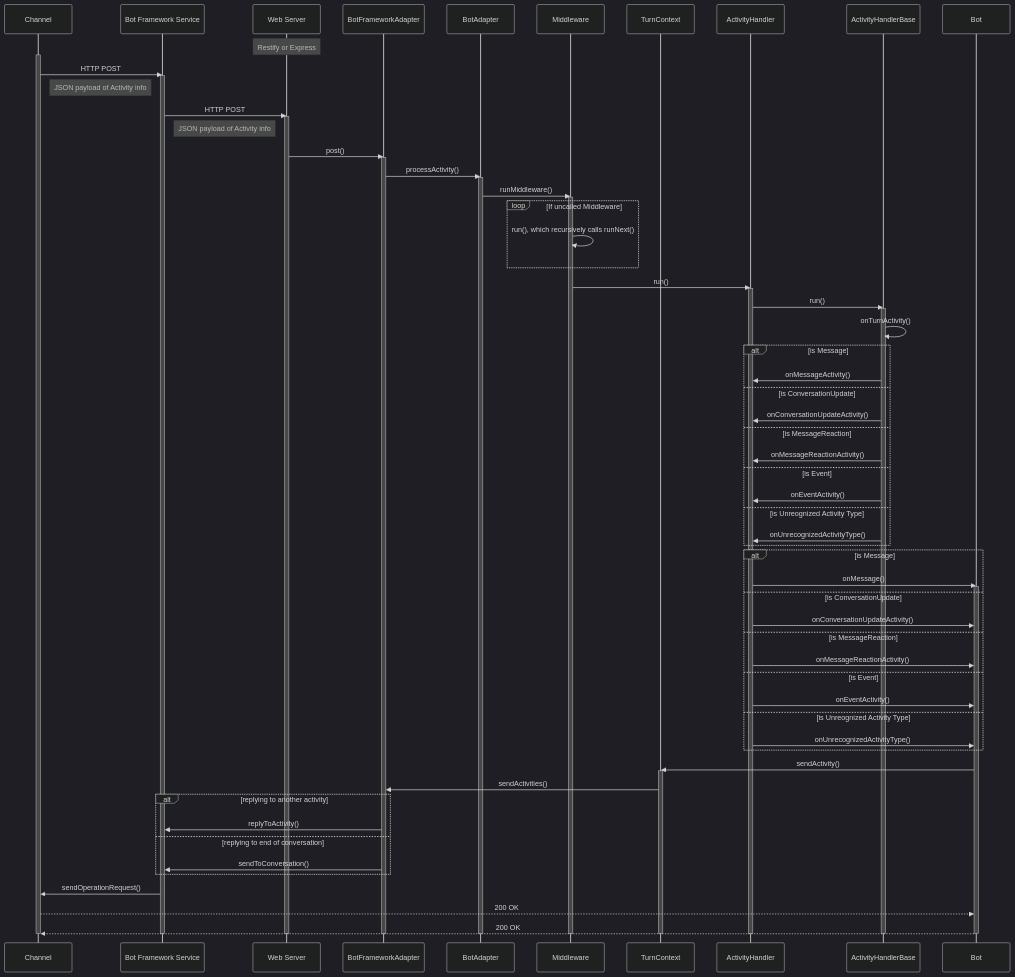
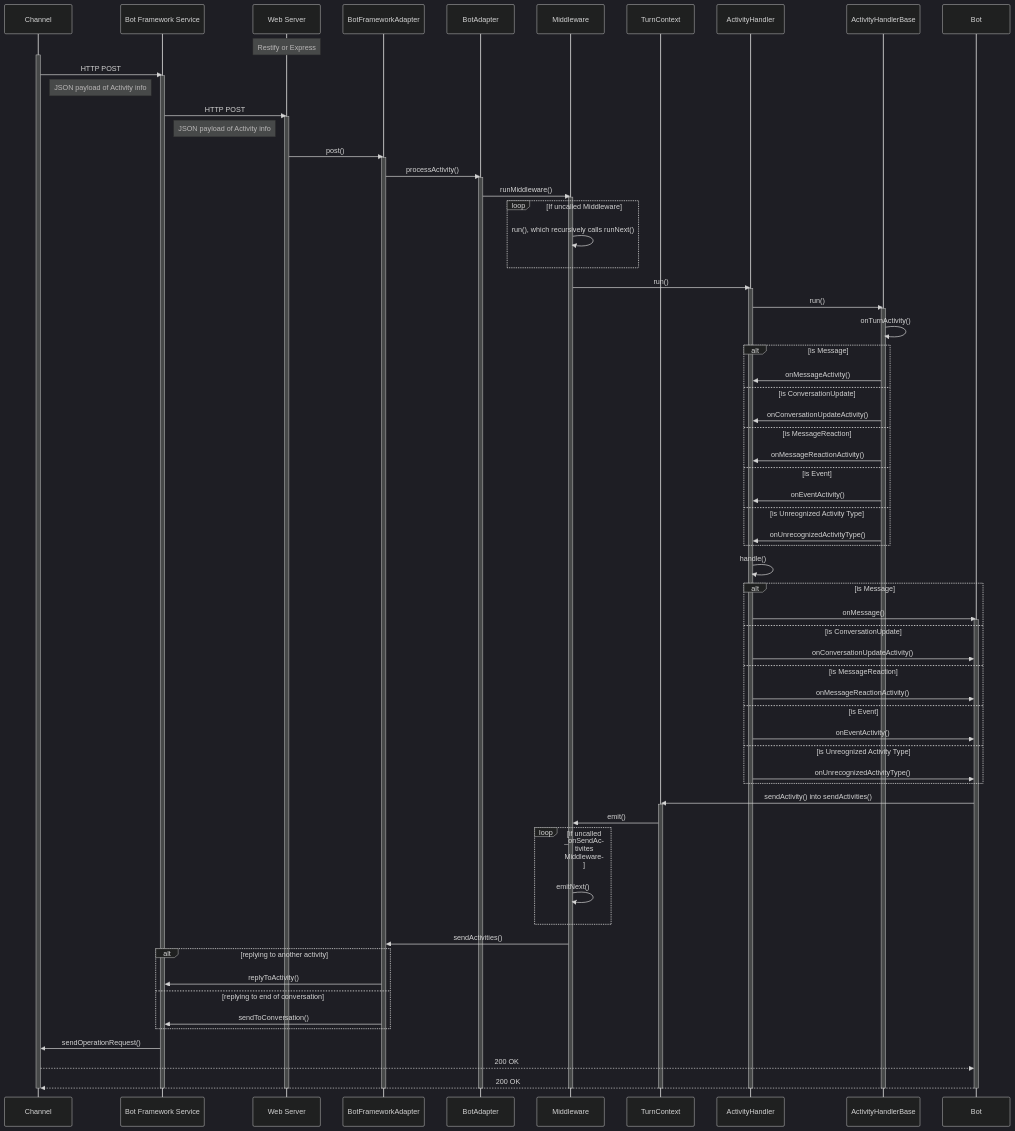
The diagram in MarkdownFiles/ActivityFlow/JsActivityFlow.md (Zerryth/Mermaid), drawn with Mermaid (dark theme) before and after one commit.

Commit message:
JsActivityFlow.md completed

```diff
--- a/MarkdownFiles/ActivityFlow/JsActivityFlow.md
+++ b/MarkdownFiles/ActivityFlow/JsActivityFlow.md
@@ -53,6 +53,8 @@
                 ActivityHandlerBase ->> ActivityHandler: onUnrecognizedActivityType()
         end
 
+        ActivityHandler ->> ActivityHandler: handle()
+
         alt is Message
             ActivityHandler ->> Bot: onMessage()
             activate Bot
@@ -70,9 +72,15 @@
                 ActivityHandler ->> Bot: onUnrecognizedActivityType()
         end
 
-        Bot ->> TurnContext: sendActivity()
+        Bot ->> TurnContext: sendActivity() into sendActivities()
         activate TurnContext
-        TurnContext ->> BotFrameworkAdapter: sendActivities()
+
+        TurnContext ->> Middleware: emit()
+        loop if uncalled _onSendActivites Middleware
+            Middleware ->> Middleware: emitNext()
+        end
+
+        Middleware ->> BotFrameworkAdapter: sendActivities()
         
         alt replying to another activity
             BotFrameworkAdapter ->> BFS: replyToActivity()
```
